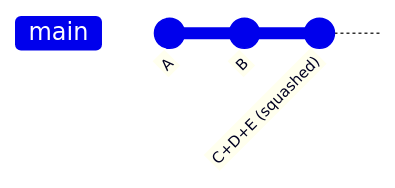
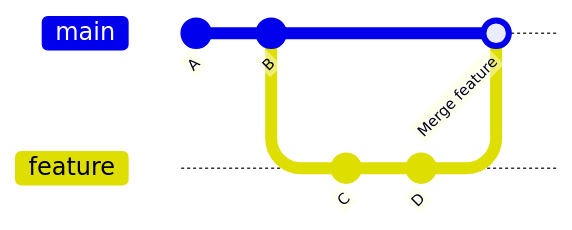
Before and after one commit to PurdueSIGGD/SIGGD-Docs: the third of 4 diagrams in docs/tutorials/general/gitgood2.md, drawn with Mermaid. The commit also changed other lines of this file and 4 other files, not shown here.

````diff
--- a/docs/tutorials/general/gitgood2.md
+++ b/docs/tutorials/general/gitgood2.md
@@ -251,6 +340,11 @@
-```mermaid
-gitGraph
-   commit id: "A"
-   commit id: "B"
-   commit id: "C+D+E (squashed)"
-```
+    ```mermaid
+    gitGraph
+       commit id: "A"
+       commit id: "B"
+       branch feature
+       checkout feature
+       commit id: "C"
+       commit id: "D"
+       checkout main
+       merge feature id: "Merge feature"
+    ```
````
